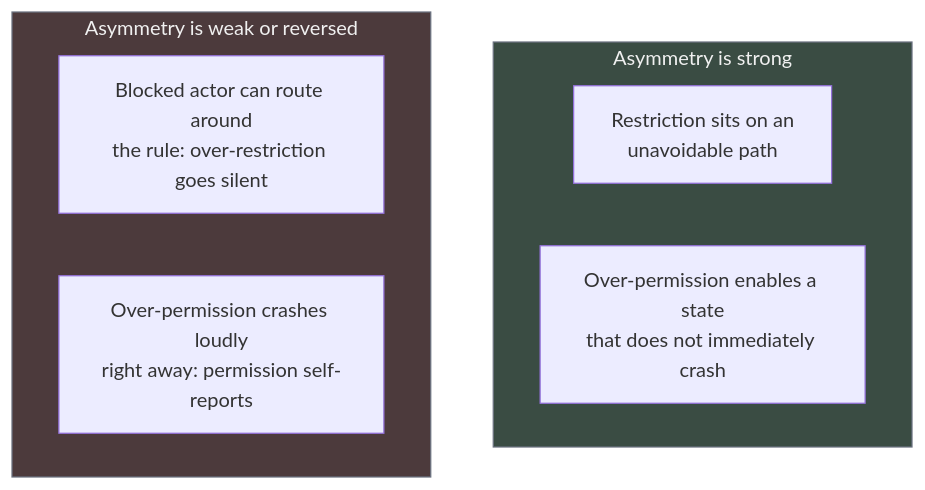
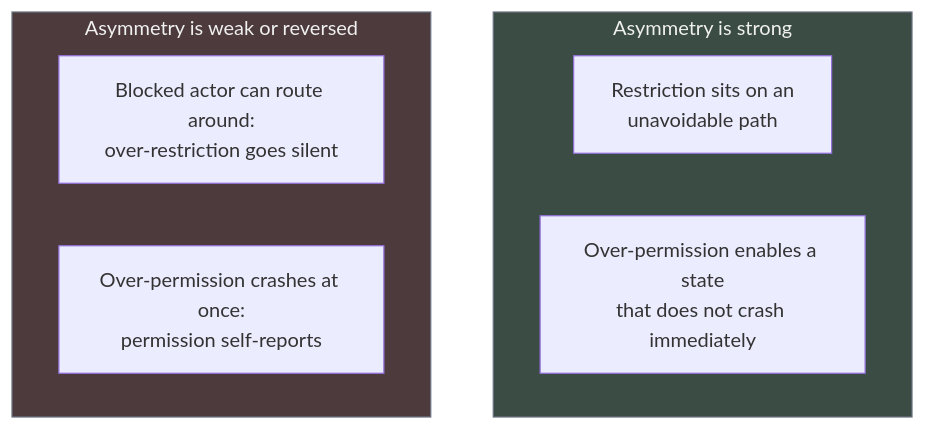
The second of 2 diagrams in content/posts/falsifiability-asymmetry.md (blackwell-systems/blog), drawn with Mermaid before and after one commit. The commit also changed other lines of this file, not shown here.

```diff
--- a/content/posts/falsifiability-asymmetry.md
+++ b/content/posts/falsifiability-asymmetry.md
@@ -108,15 +84,15 @@
 {{< mermaid >}}
 flowchart TB
     subgraph holds["Asymmetry is strong"]
         h1[Restriction sits on an<br/>unavoidable path]
-        h2[Over-permission enables a state<br/>that does not immediately crash]
+        h2[Over-permission enables a state<br/>that does not crash immediately]
     end
 
     subgraph weak["Asymmetry is weak or reversed"]
-        w1[Blocked actor can route around<br/>the rule: over-restriction goes silent]
-        w2[Over-permission crashes loudly<br/>right away: permission self-reports]
+        w1[Blocked actor can route around:<br/>over-restriction goes silent]
+        w2[Over-permission crashes at once:<br/>permission self-reports]
     end
 
     style holds fill:#3A4C43,stroke:#6b7280,color:#f0f0f0
     style weak fill:#4C3A3C,stroke:#6b7280,color:#f0f0f0
 {{< /mermaid >}}
```
